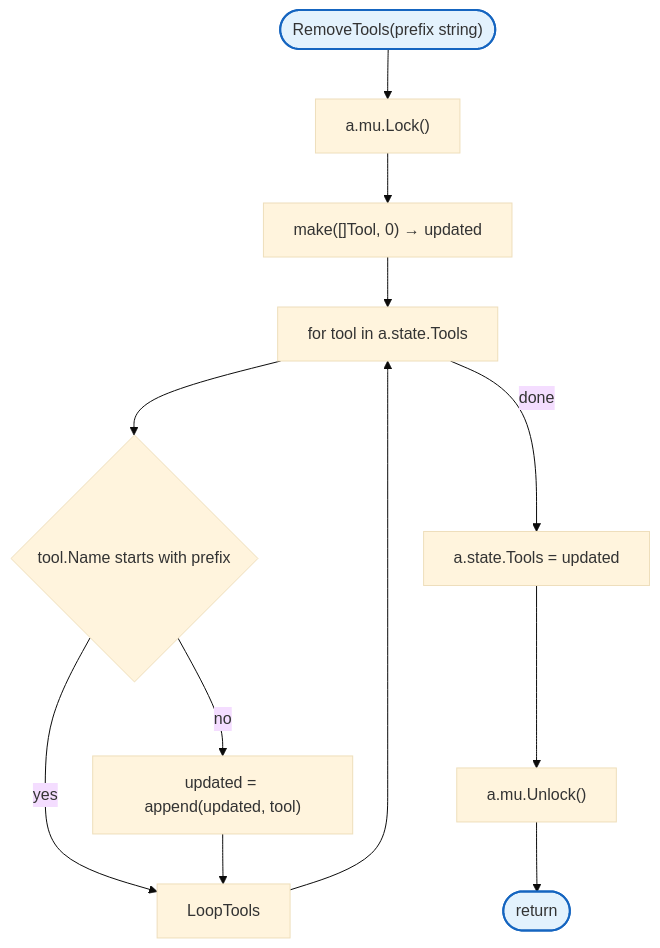
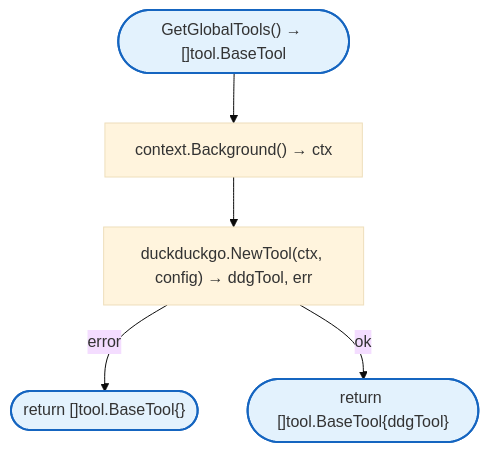
One commit to radch-ai/ava changed the seventh of 7 diagrams in docs/internal/agent/README.md. Above: the diagram before and after it, drawn with Mermaid (base theme). The commit also changed other lines of this file and 38 other files, not shown here.

````diff
--- a/docs/internal/agent/README.md
+++ b/docs/internal/agent/README.md
@@ -188,18 +202,12 @@
 ```mermaid
 flowchart TB
-    Start(["RemoveTools(prefix string)"]) --> Lock["a.mu.Lock()"]
-    Lock --> MakeUpdated["make([]Tool, 0) → updated"]
-    MakeUpdated --> ForTools["for tool in a.state.Tools"]
-    ForTools --> CheckPrefix{"tool.Name starts with prefix"}
-    CheckPrefix -->|no| AppendUpdated["updated = append(updated, tool)"]
-    CheckPrefix -->|yes| LoopTools
-    AppendUpdated --> LoopTools
-    LoopTools --> ForTools
-    ForTools -->|done| SetUpdated["a.state.Tools = updated"]
-    SetUpdated --> Unlock["a.mu.Unlock()"]
-    Unlock --> Return(["return"])
+    Start(["GetGlobalTools() → []tool.BaseTool"]) --> CreateCtx["context.Background() → ctx"]
+    CreateCtx --> NewDdg["duckduckgo.NewTool(ctx, config) → ddgTool, err"]
+    NewDdg -->|error| ReturnEmpty(["return []tool.BaseTool{}"])
+    NewDdg -->|ok| ReturnTools(["return []tool.BaseTool{ddgTool}"])
 
     classDef mainFn fill:#e3f2fd,stroke:#1565c0,stroke-width:2px
+    classDef errorFlow fill:#ffebee,stroke:#c62828,stroke-width:1px
 
-    class Start,Return mainFn
+    class Start,ReturnEmpty,ReturnTools mainFn
 ```
````
